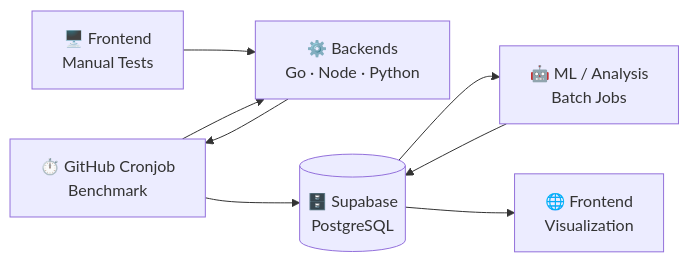
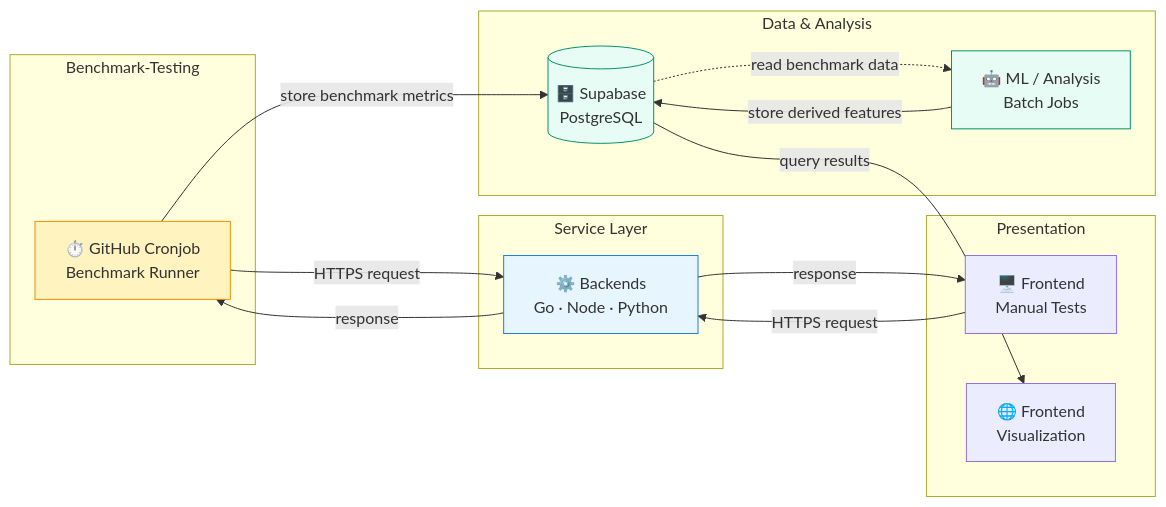
The diagram in README.md (T-Al-D/fs-lab-overview), drawn with Mermaid before and after one commit.

Commit message:
docs: expand mermaid diagram with more details

````diff
--- a/README.md
+++ b/README.md
@@ -31,18 +31,46 @@
 ```mermaid
 flowchart LR
-    Cron[⏱️ GitHub Cronjob<br/>Benchmark]
+    Cron[⏱️ GitHub Cronjob<br/>Benchmark Runner]
     FE_Test[🖥️ Frontend<br/>Manual Tests]
     BE[⚙️ Backends<br/>Go · Node · Python]
     DB[(🗄️ Supabase<br/>PostgreSQL)]
     ML[🤖 ML / Analysis<br/>Batch Jobs]
     FE_View[🌐 Frontend<br/>Visualization]
 
-    FE_Test --> BE
-    Cron --> BE
-    BE --> Cron
+    subgraph Presentation
+    FE_Test
+    FE_View
+    end
 
-    Cron --> DB
-    DB --> ML
-    ML --> DB
-    DB --> FE_View
+    subgraph Service Layer
+    BE
+    end
+
+    subgraph Data & Analysis
+    DB
+    ML
+    end
+
+    subgraph Benchmark-Testing
+    Cron
+    end
+
+    FE_Test -->|HTTPS request| BE
+    BE -->|response| FE_Test
+    Cron -->|HTTPS request| BE
+    BE -->|response| Cron
+    Cron -->|store benchmark metrics| DB
+    DB -.->|read benchmark data| ML
+    ML -->|store derived features| DB
+    DB -->|query results| FE_View
+
+    classDef benchmark fill:#fff3bf,stroke:#f08c00
+    classDef service fill:#e7f5ff,stroke:#1c7ed6
+    classDef data fill:#e6fcf5,stroke:#099268
+    classDef frontend fill:#f3f0ff,stroke:#7048e8
+
+    class Cron benchmark
+    class BE service
+    class DB,ML data
+    class FE frontend
 ```
````
